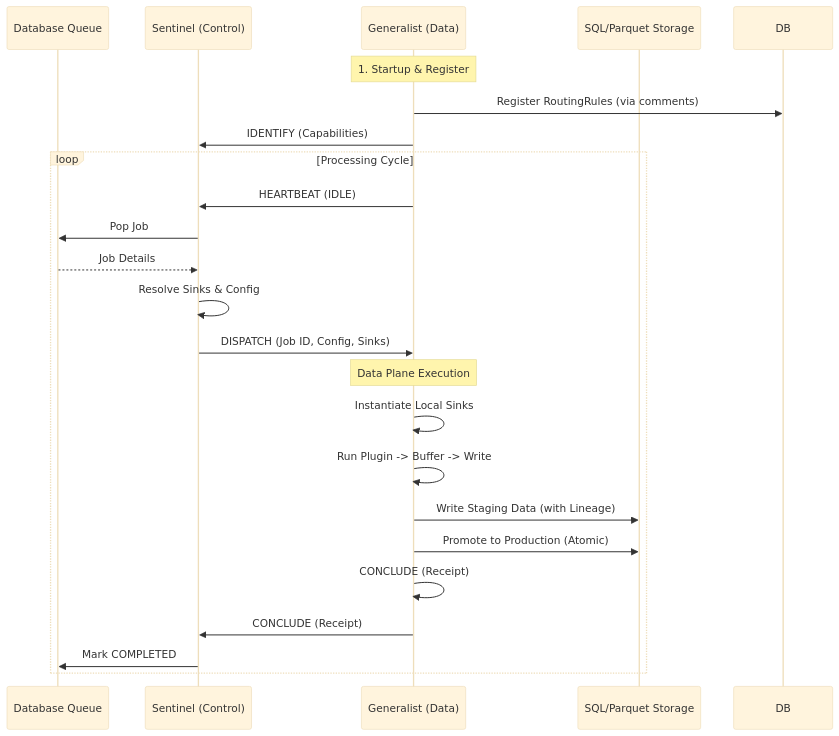
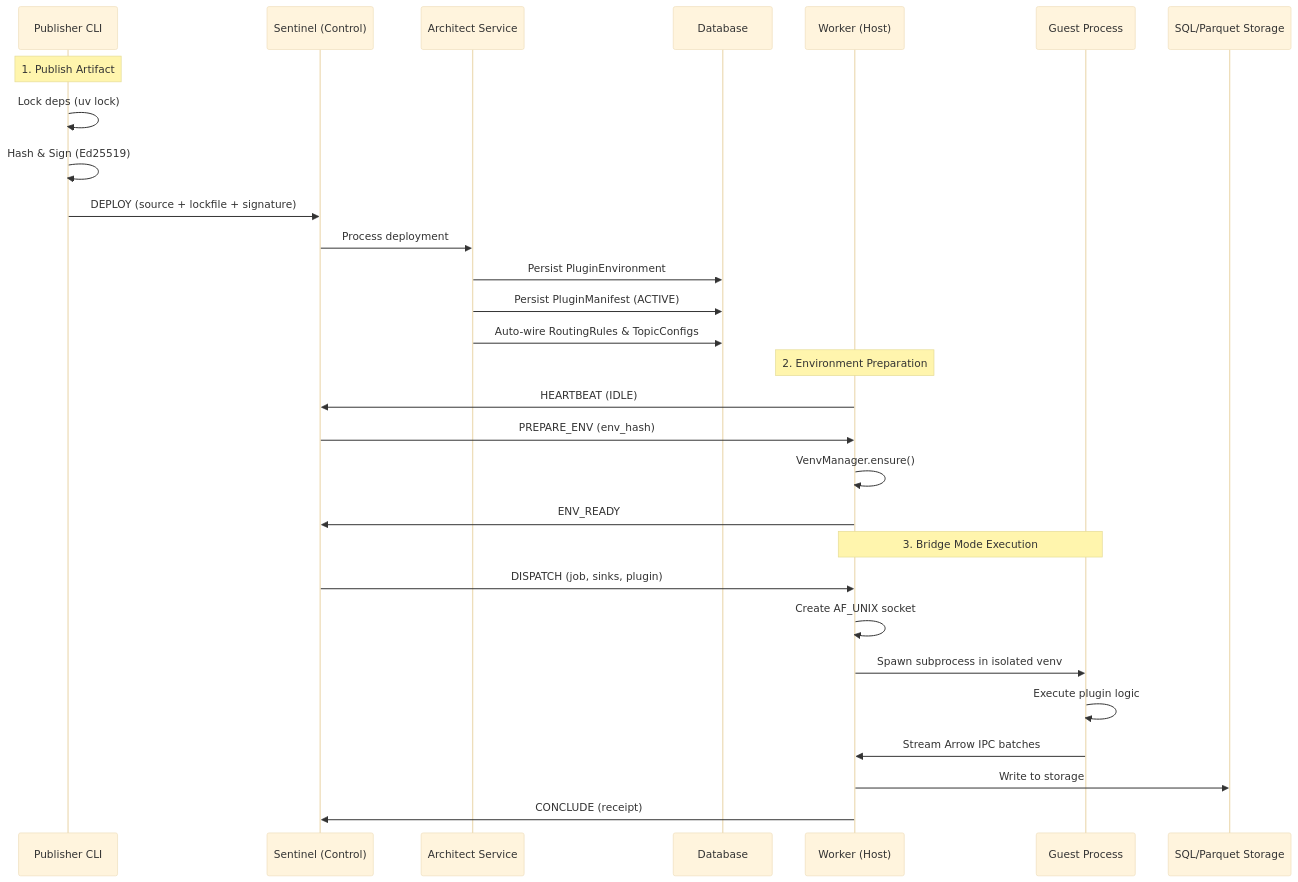
The diagram in ARCHITECTURE.md (sl224/casparianflow), drawn with Mermaid (base theme) before and after one commit. The commit also changed other lines of this file and 6 other files, not shown here.

````diff
--- a/ARCHITECTURE.md
+++ b/ARCHITECTURE.md
@@ -63,30 +74,34 @@
 ```mermaid
 sequenceDiagram
-    participant Queue as Database Queue
+    participant Publisher as Publisher CLI
     participant Sentinel as Sentinel (Control)
-    participant Worker as Generalist (Data)
+    participant Architect as Architect Service
+    participant DB as Database
+    participant Worker as Worker (Host)
+    participant Guest as Guest Process
     participant Sink as SQL/Parquet Storage
 
-    Note over Worker: 1. Startup & Register
-    Worker->>DB: Register RoutingRules (via comments)
-    Worker->>Sentinel: IDENTIFY (Capabilities)
-    
-    loop Processing Cycle
-        Worker->>Sentinel: HEARTBEAT (IDLE)
-        Sentinel->>Queue: Pop Job
-        Queue-->>Sentinel: Job Details
-        Sentinel->>Sentinel: Resolve Sinks & Config
-        Sentinel->>Worker: DISPATCH (Job ID, Config, Sinks)
-        
-        Note over Worker: Data Plane Execution
-        Worker->>Worker: Instantiate Local Sinks
-        Worker->>Worker: Run Plugin -> Buffer -> Write
-        Worker->>Sink: Write Staging Data (with Lineage)
-        
-        Worker->>Sink: Promote to Production (Atomic)
-        Worker->>Worker: CONCLUDE (Receipt)
-        Worker->>Sentinel: CONCLUDE (Receipt)
-        Sentinel->>Queue: Mark COMPLETED
-    end
+    Note over Publisher: 1. Publish Artifact
+    Publisher->>Publisher: Lock deps (uv lock)
+    Publisher->>Publisher: Hash & Sign (Ed25519)
+    Publisher->>Sentinel: DEPLOY (source + lockfile + signature)
+    Sentinel->>Architect: Process deployment
+    Architect->>DB: Persist PluginEnvironment
+    Architect->>DB: Persist PluginManifest (ACTIVE)
+    Architect->>DB: Auto-wire RoutingRules & TopicConfigs
 
+    Note over Worker: 2. Environment Preparation
+    Worker->>Sentinel: HEARTBEAT (IDLE)
+    Sentinel->>Worker: PREPARE_ENV (env_hash)
+    Worker->>Worker: VenvManager.ensure()
+    Worker->>Sentinel: ENV_READY
+
+    Note over Worker,Guest: 3. Bridge Mode Execution
+    Sentinel->>Worker: DISPATCH (job, sinks, plugin)
+    Worker->>Worker: Create AF_UNIX socket
+    Worker->>Guest: Spawn subprocess in isolated venv
+    Guest->>Guest: Execute plugin logic
+    Guest->>Worker: Stream Arrow IPC batches
+    Worker->>Sink: Write to storage
+    Worker->>Sentinel: CONCLUDE (receipt)
 ```
````
